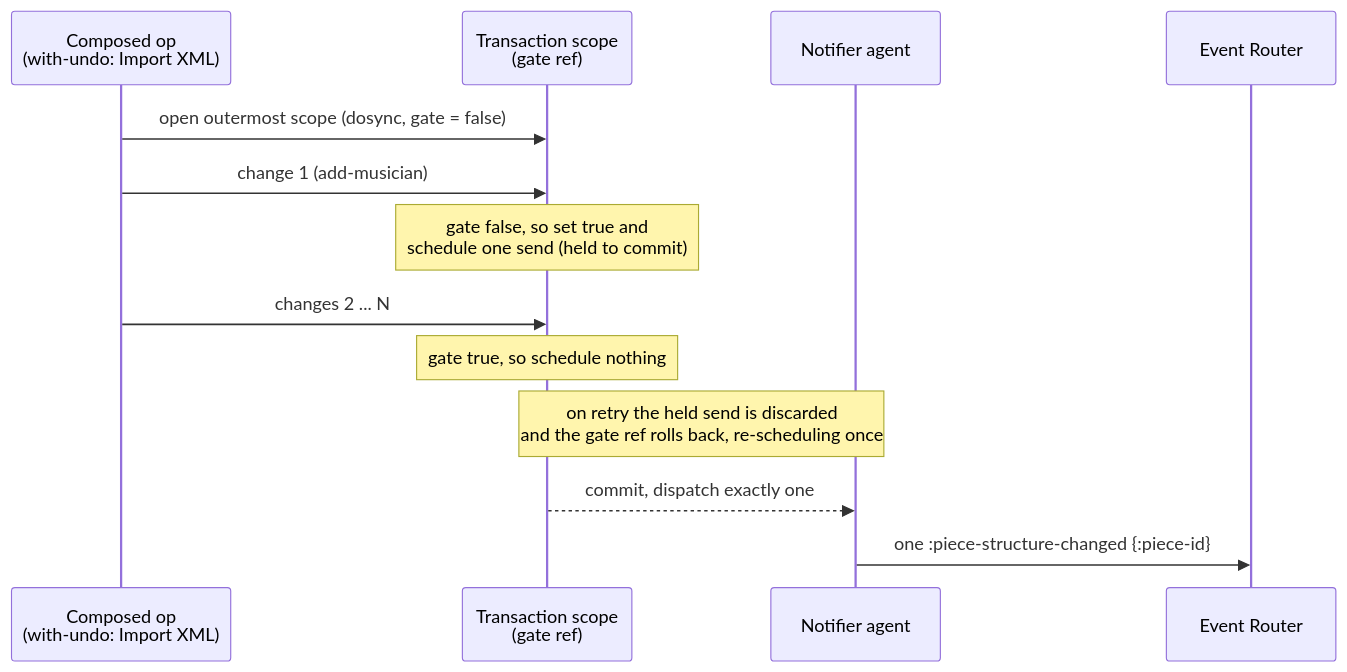
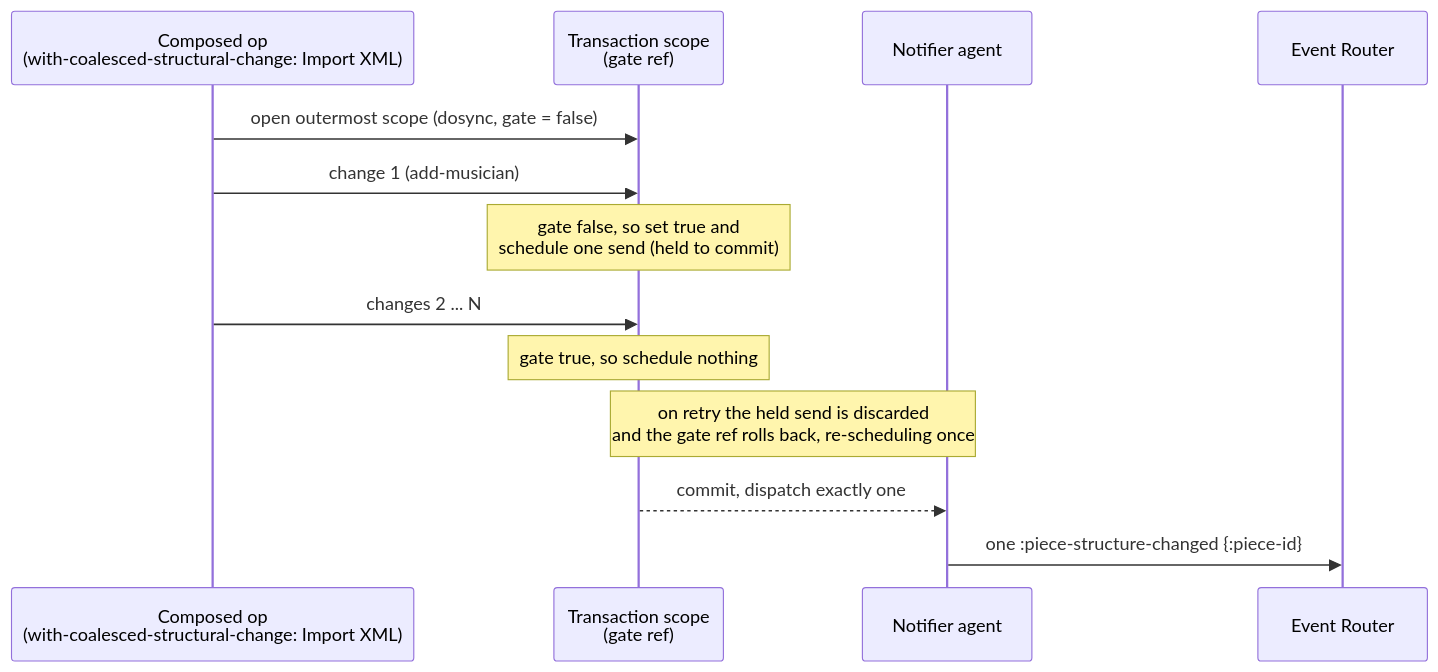
One commit to PeterBengtson/Ooloi-docs changed the second of 2 diagrams in ADRs/0052-Change-Detection-and-Event-Generation.md. Above: the diagram before and after it, drawn with Mermaid. The commit also changed other lines of this file and 1 other file, not shown here.

````diff
--- a/ADRs/0052-Change-Detection-and-Event-Generation.md
+++ b/ADRs/0052-Change-Detection-and-Event-Generation.md
@@ -178,16 +178,16 @@
 ```mermaid
 sequenceDiagram
-    participant OP as Composed op<br/>(with-undo: Import XML)
+    participant OP as Composed op<br/>(with-coalesced-structural-change: Import XML)
     participant SC as Transaction scope<br/>(gate ref)
     participant AG as Notifier agent
     participant ER as Event Router
 
     OP->>SC: open outermost scope (dosync, gate = false)
     OP->>SC: change 1 (add-musician)
     Note over SC: gate false, so set true and<br/>schedule one send (held to commit)
     OP->>SC: changes 2 ... N
     Note over SC: gate true, so schedule nothing
     Note over SC,AG: on retry the held send is discarded<br/>and the gate ref rolls back, re-scheduling once
     SC-->>AG: commit, dispatch exactly one
     AG->>ER: one :piece-structure-changed {:piece-id}
 ```
````
